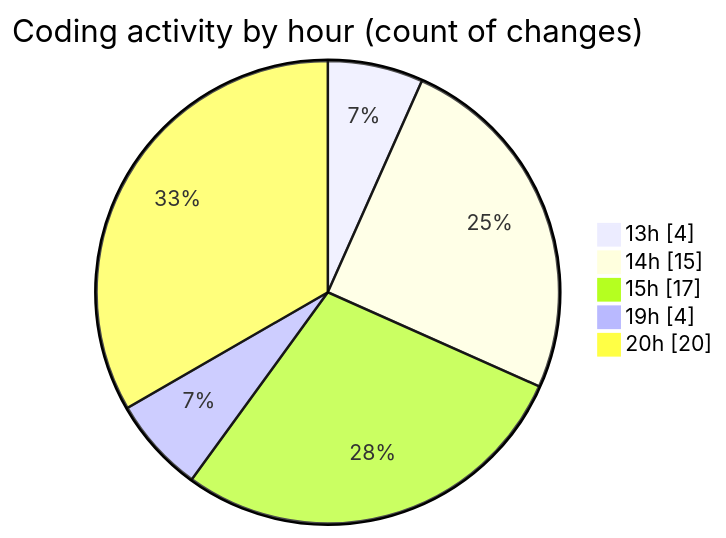
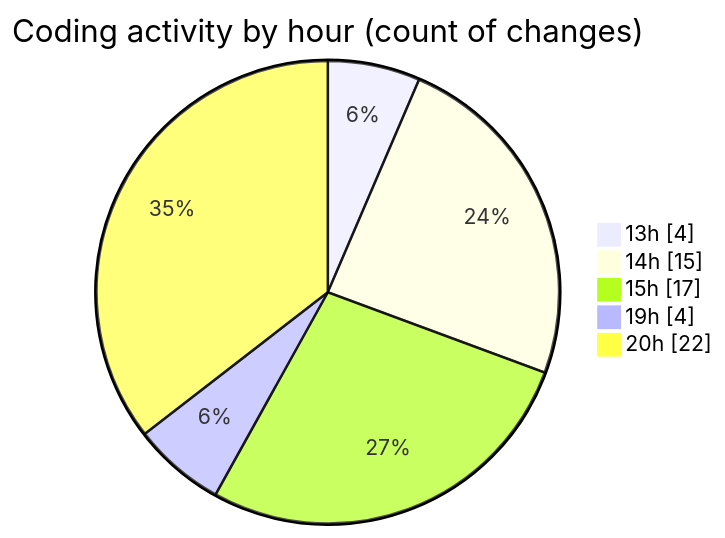
The second of 2 diagrams in 2025-01-21/projects/README.md (Ritupan-Deka/code-tracking), drawn with Mermaid before and after one commit. The commit also changed other lines of this file and 1 other file, not shown here.

````diff
--- a/2025-01-21/projects/README.md
+++ b/2025-01-21/projects/README.md
@@ -42,9 +42,9 @@
 ```mermaid
 pie showData
 title Coding activity by hour (count of changes)
 "13h" : 4
 "14h" : 15
 "15h" : 17
 "19h" : 4
-"20h" : 20
+"20h" : 22
 ```
````
